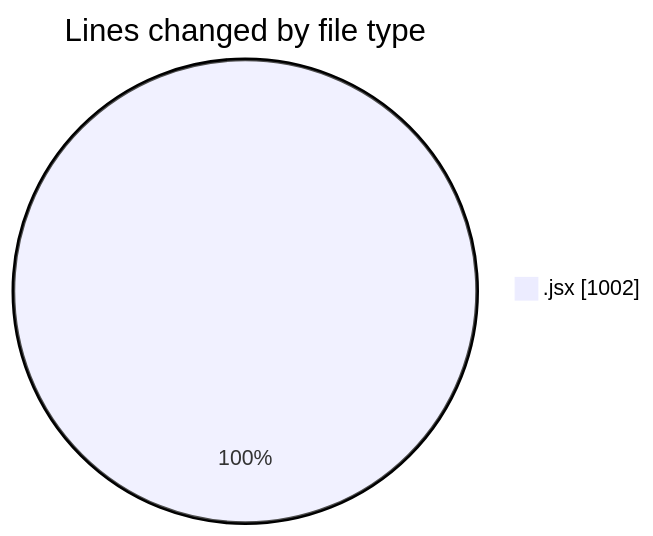
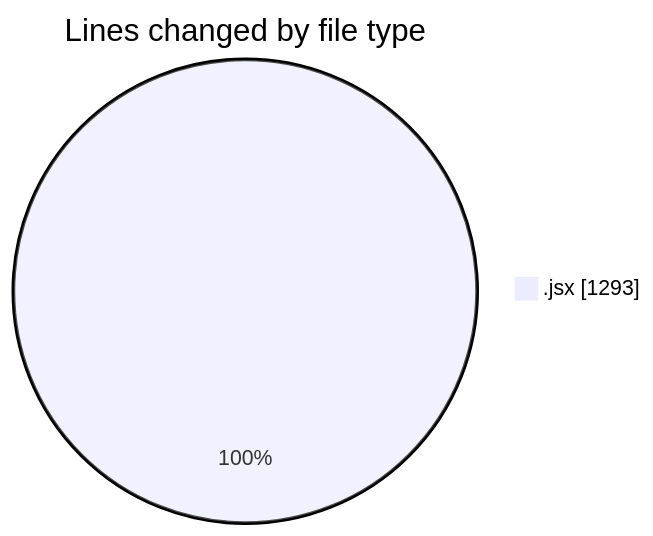
Before and after one commit to nxtqubesakshisongat/code-tracking: the first of 2 diagrams in 2026-01-03/nxtqube_webapp/README.md, drawn with Mermaid. The commit also changed other lines of this file and 1 other file, not shown here.

````diff
--- a/2026-01-03/nxtqube_webapp/README.md
+++ b/2026-01-03/nxtqube_webapp/README.md
@@ -20,5 +20,5 @@
 ```mermaid
 pie showData
 title Lines changed by file type
-".jsx" : 1002
+".jsx" : 1293
 ```
````
